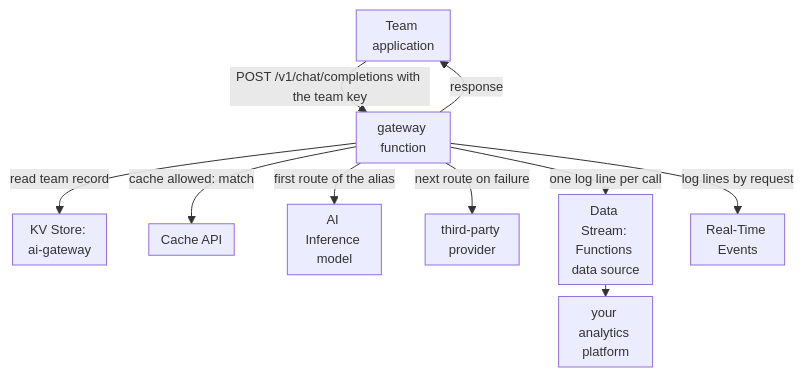
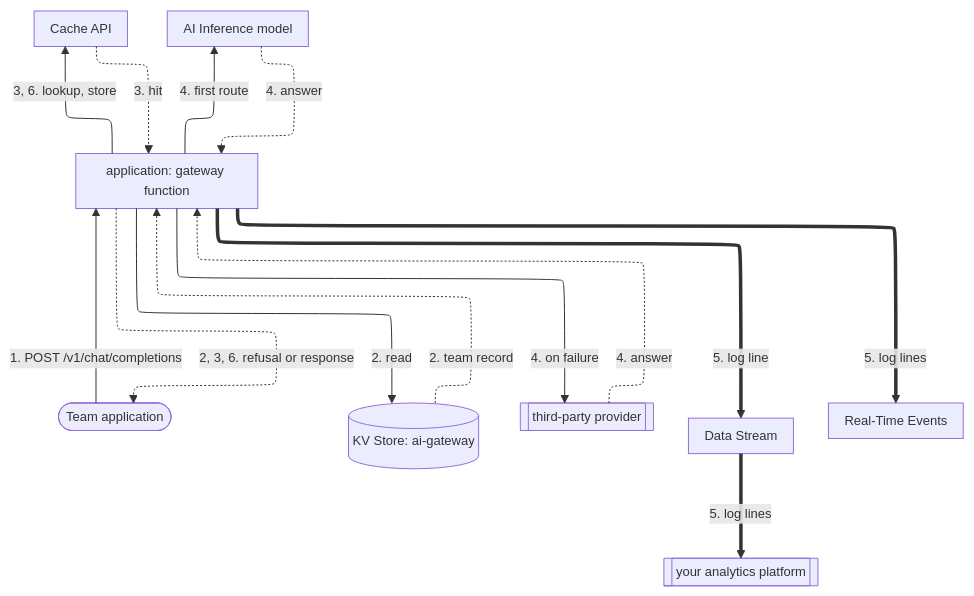
Before and after one commit to aziontech/docs: the diagram in apps/docs/src/content/docs/en/pages/use-cases/build-and-run-ai-workloads/govern-access-to-multiple-ai-models.mdx, drawn with Mermaid. The commit also changed other lines of this file and 55 other files, not shown here.

Commit message:
docs(use-cases): redraw the use-case diagrams with the way back and check their claims (#2509)

````diff
--- a/apps/docs/src/content/docs/en/pages/use-cases/build-and-run-ai-workloads/govern-access-to-multiple-ai-models.mdx
+++ b/apps/docs/src/content/docs/en/pages/use-cases/build-and-run-ai-workloads/govern-access-to-multiple-ai-models.mdx
@@ -45,13 +47,26 @@
 ```mermaid
-%%{init: {"layout": "dagre", "themeVariables": {"fontSize": "13px"}, "flowchart": {"nodeSpacing": 12, "rankSpacing": 12, "padding": 6, "wrappingWidth": 70, "minNodeWidth": 40, "useMaxWidth": true}}}%%
+%%{init: {"layout": "elk", "themeVariables": {"fontSize": "13px"}, "flowchart": {"nodeSpacing": 24, "rankSpacing": 36, "padding": 8, "wrappingWidth": 150, "useMaxWidth": true}, "sequence": {"width": 120, "actorMargin": 30, "useMaxWidth": true}}}%%
 flowchart TD
-  Client["Team application"] -->|"POST /v1/chat/completions with the team key"| Fn["gateway function"]
-  Fn -->|"read team record"| KV["KV Store: ai-gateway"]
-  Fn -->|"cache allowed: match"| Cache["Cache API"]
-  Fn -->|"first route of the alias"| AI["AI Inference model"]
-  Fn -->|"next route on failure"| Provider["third-party provider"]
-  Fn -->|"one log line per call"| DS["Data Stream: Functions data source"]
-  DS --> Analytics["your analytics platform"]
-  Fn -->|"log lines by request"| RTE["Real-Time Events"]
-  Fn -->|"response"| Client
+  Client(["Team application"])
+  Fn["application: gateway function"]
+  KV[("KV Store: ai-gateway")]
+  Cache["Cache API"]
+  AI["AI Inference model"]
+  Provider[["third-party provider"]]
+  DS["Data Stream"]
+  Analytics[["your analytics platform"]]
+  RTE["Real-Time Events"]
+  Client -->|"1. POST /v1/chat/completions"| Fn
+  Fn -->|"2. read"| KV
+  Fn -->|"3, 6. lookup, store"| Cache
+  Fn -->|"4. first route"| AI
+  Fn -->|"4. on failure"| Provider
+  KV -.->|"2. team record"| Fn
+  Cache -.->|"3. hit"| Fn
+  AI -.->|"4. answer"| Fn
+  Provider -.->|"4. answer"| Fn
+  Fn -.->|"2, 3, 6. refusal or response"| Client
+  Fn ==>|"5. log line"| DS
+  DS ==>|"5. log lines"| Analytics
+  Fn ==>|"5. log lines"| RTE
 ```
````
